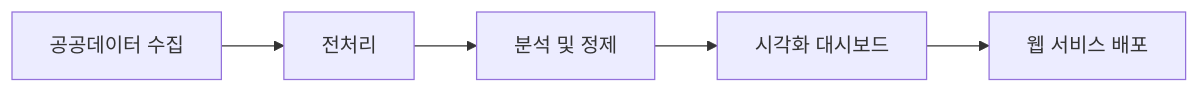
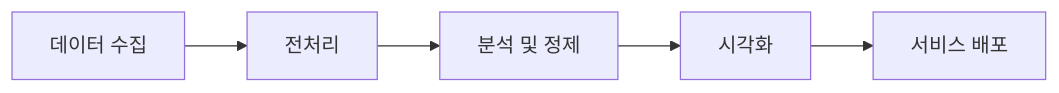
Before and after one commit to bjpark0925/DE-team3-00s: the diagram in README.md, drawn with Mermaid. The commit also changed other lines of this file, not shown here.

````diff
--- a/README.md
+++ b/README.md
@@ -16,7 +20,7 @@
 ```mermaid
 graph LR
-A[공공데이터 수집] --> B[전처리]
+A[데이터 수집] --> B[전처리]
 B --> C[분석 및 정제]
-C --> D[시각화 대시보드]
-D --> E[웹 서비스 배포]
+C --> D[시각화]
+D --> E[서비스 배포]
 ```
````
